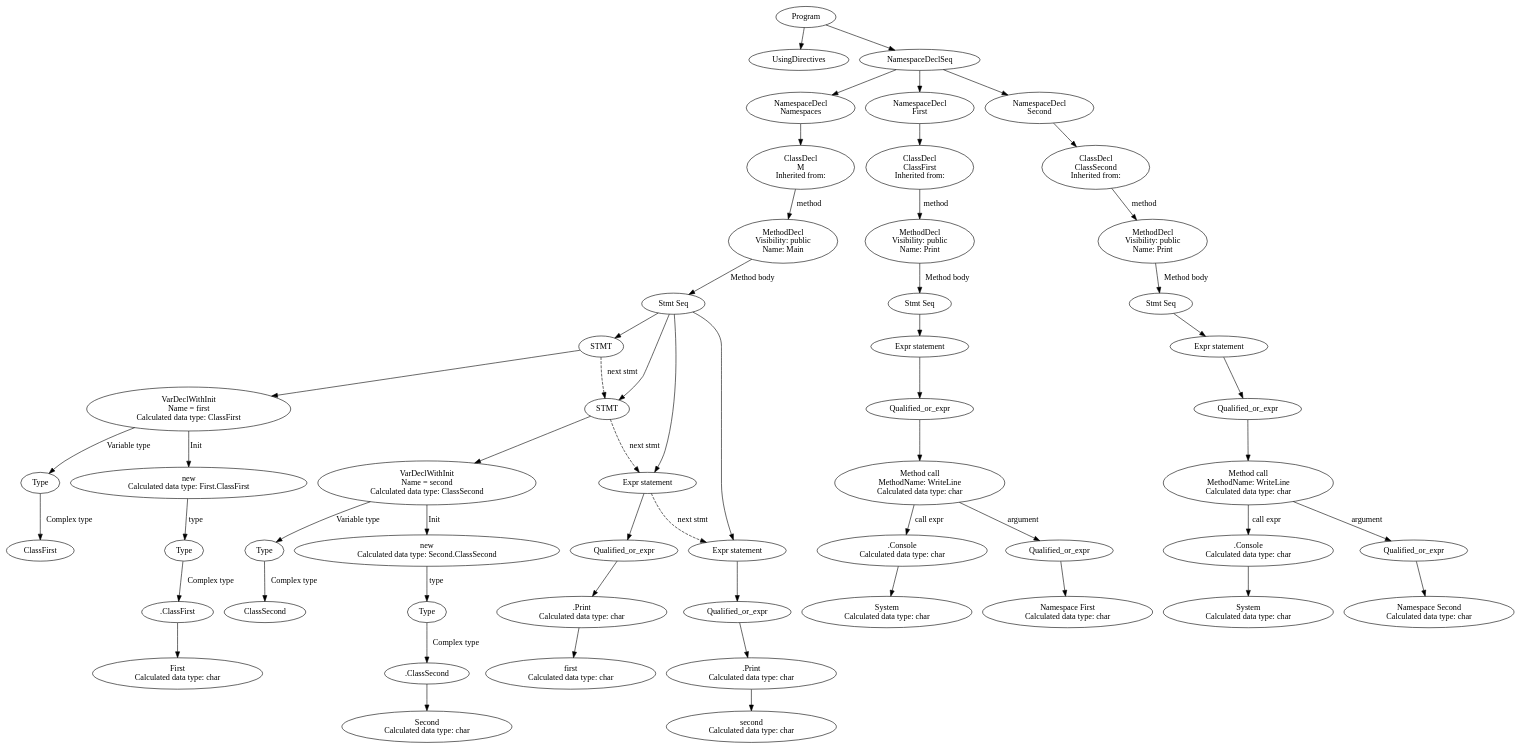
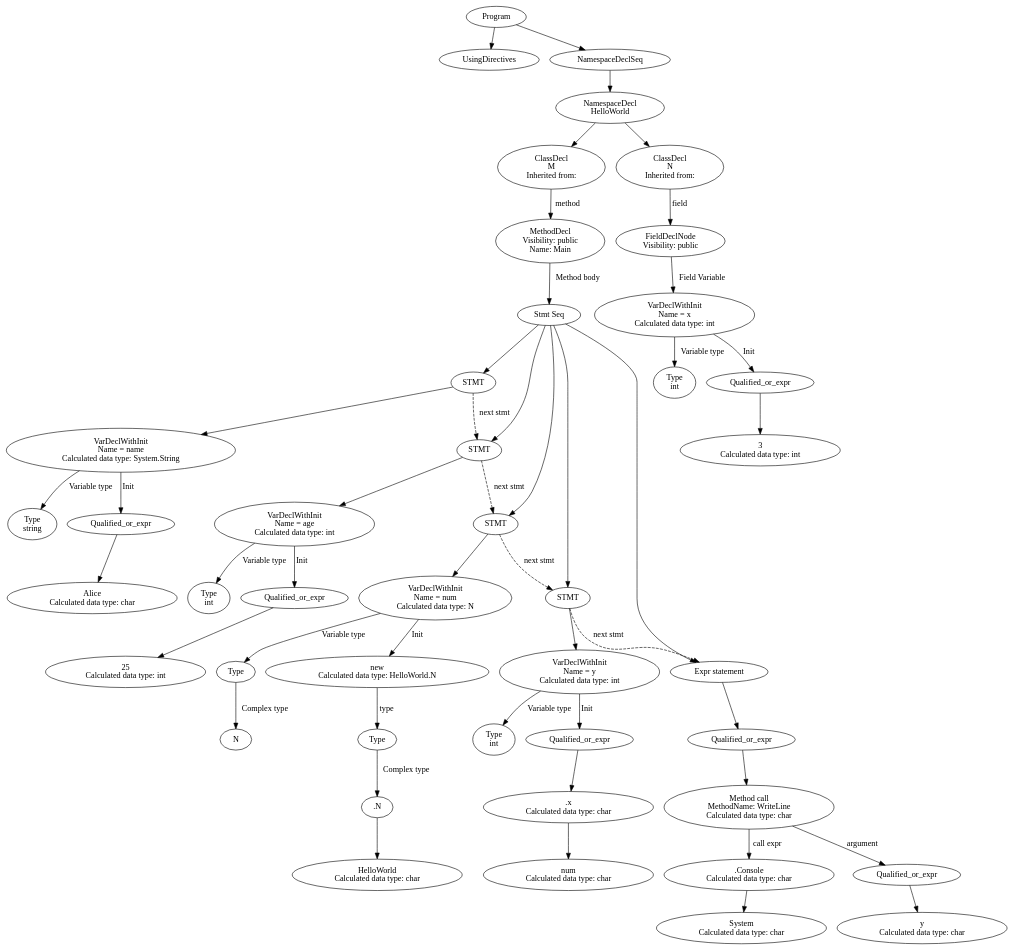
One commit to SergeyGT/CSharp_Compiler changed the diagram in lexer-build/ast.dot. Above: the diagram before and after it, drawn with Graphviz. The commit also changed 7 other files, not shown here.

```diff
--- a/lexer-build/ast.dot
+++ b/lexer-build/ast.dot
@@ -1,110 +1,93 @@
 digraph Program {
-63 [label="Program"]
+48 [label="Program"]
 0 [label="UsingDirectives"]
-32 [label="NamespaceDeclSeq"]
-31 [label="NamespaceDecl\nNamespaces"]
-29 [label="ClassDecl\nM\nInherited from: "]
-27 [label="MethodDecl\nVisibility: public\nName: Main"]
-10 [label="Stmt Seq"]
-9 [label="STMT"]
-8 [label="VarDeclWithInit\nName = first\nCalculated data type: ClassFirst"]
-3 [label="Type"]
-2 [label="ClassFirst"]
-3 -> 2 [label="Complex type"]
-8 -> 3 [label="Variable type"]
-7 [label="new\nCalculated data type: First.ClassFirst"]
-6 [label="Type"]
-5 [label=".ClassFirst"]
-4 [label="First\nCalculated data type: char"]
-5 -> 4
-6 -> 5 [label="Complex type"]
-7 -> 6 [label="type"]
-8 -> 7 [label="Init"]
-9 -> 8
+47 [label="NamespaceDeclSeq"]
+46 [label="NamespaceDecl\nHelloWorld"]
+37 [label="ClassDecl\nM\nInherited from: "]
+35 [label="MethodDecl\nVisibility: public\nName: Main"]
+7 [label="Stmt Seq"]
+6 [label="STMT"]
+5 [label="VarDeclWithInit\nName = name\nCalculated data type: System.String"]
+2 [label="Type\nstring"]
+5 -> 2 [label="Variable type"]
+4 [label="Qualified_or_expr"]
+3 [label="Alice\nCalculated data type: char"]
+4 -> 3
+5 -> 4 [label="Init"]
+6 -> 5
+7 -> 6
+12 [label="STMT"]
+11 [label="VarDeclWithInit\nName = age\nCalculated data type: int"]
+8 [label="Type\nint"]
+11 -> 8 [label="Variable type"]
+10 [label="Qualified_or_expr"]
+9 [label="25\nCalculated data type: int"]
 10 -> 9
-18 [label="STMT"]
-17 [label="VarDeclWithInit\nName = second\nCalculated data type: ClassSecond"]
-12 [label="Type"]
-11 [label="ClassSecond"]
-12 -> 11 [label="Complex type"]
-17 -> 12 [label="Variable type"]
-16 [label="new\nCalculated data type: Second.ClassSecond"]
-15 [label="Type"]
-14 [label=".ClassSecond"]
-13 [label="Second\nCalculated data type: char"]
-14 -> 13
-15 -> 14 [label="Complex type"]
-16 -> 15 [label="type"]
-17 -> 16 [label="Init"]
-18 -> 17
-10 -> 18
-9 -> 18 [label="next stmt"][style="dashed"]
-22 [label="Expr statement"]
-21 [label="Qualified_or_expr"]
-20 [label=".Print\nCalculated data type: char"]
-19 [label="first\nCalculated data type: char"]
+11 -> 10 [label="Init"]
+12 -> 11
+7 -> 12
+6 -> 12 [label="next stmt"][style="dashed"]
+20 [label="STMT"]
+19 [label="VarDeclWithInit\nName = num\nCalculated data type: N"]
+14 [label="Type"]
+13 [label="N"]
+14 -> 13 [label="Complex type"]
+19 -> 14 [label="Variable type"]
+18 [label="new\nCalculated data type: HelloWorld.N"]
+17 [label="Type"]
+16 [label=".N"]
+15 [label="HelloWorld\nCalculated data type: char"]
+16 -> 15
+17 -> 16 [label="Complex type"]
+18 -> 17 [label="type"]
+19 -> 18 [label="Init"]
 20 -> 19
-21 -> 20
-22 -> 21
-10 -> 22
-18 -> 22 [label="next stmt"][style="dashed"]
-26 [label="Expr statement"]
-25 [label="Qualified_or_expr"]
-24 [label=".Print\nCalculated data type: char"]
-23 [label="second\nCalculated data type: char"]
+7 -> 20
+12 -> 20 [label="next stmt"][style="dashed"]
+26 [label="STMT"]
+25 [label="VarDeclWithInit\nName = y\nCalculated data type: int"]
+21 [label="Type\nint"]
+25 -> 21 [label="Variable type"]
+24 [label="Qualified_or_expr"]
+23 [label=".x\nCalculated data type: char"]
+22 [label="num\nCalculated data type: char"]
+23 -> 22
 24 -> 23
-25 -> 24
+25 -> 24 [label="Init"]
 26 -> 25
-10 -> 26
-22 -> 26 [label="next stmt"][style="dashed"]
-27 -> 10 [label="Method body"]
-29 -> 27 [label="method"]
-31 -> 29
-32 -> 31
-47 [label="NamespaceDecl\nFirst"]
-45 [label="ClassDecl\nClassFirst\nInherited from: "]
-43 [label="MethodDecl\nVisibility: public\nName: Print"]
-42 [label="Stmt Seq"]
-41 [label="Expr statement"]
-40 [label="Qualified_or_expr"]
-39 [label="Method call\nMethodName: WriteLine\nCalculated data type: char"]
-35 [label=".Console\nCalculated data type: char"]
-34 [label="System\nCalculated data type: char"]
-35 -> 34
-39 -> 35 [label="call expr"]
-37 [label="Qualified_or_expr"]
-36 [label="Namespace First\nCalculated data type: char"]
-37 -> 36
-39 -> 37 [label="argument"]
-40 -> 39
+7 -> 26
+20 -> 26 [label="next stmt"][style="dashed"]
+34 [label="Expr statement"]
+33 [label="Qualified_or_expr"]
+32 [label="Method call\nMethodName: WriteLine\nCalculated data type: char"]
+28 [label=".Console\nCalculated data type: char"]
+27 [label="System\nCalculated data type: char"]
+28 -> 27
+32 -> 28 [label="call expr"]
+30 [label="Qualified_or_expr"]
+29 [label="y\nCalculated data type: char"]
+30 -> 29
+32 -> 30 [label="argument"]
+33 -> 32
+34 -> 33
+7 -> 34
+26 -> 34 [label="next stmt"][style="dashed"]
+35 -> 7 [label="Method body"]
+37 -> 35 [label="method"]
+46 -> 37
+45 [label="ClassDecl\nN\nInherited from: "]
+43 [label="FieldDeclNode\nVisibility: public"]
+42 [label="VarDeclWithInit\nName = x\nCalculated data type: int"]
+39 [label="Type\nint"]
+42 -> 39 [label="Variable type"]
+41 [label="Qualified_or_expr"]
+40 [label="3\nCalculated data type: int"]
 41 -> 40
-42 -> 41
-43 -> 42 [label="Method body"]
-45 -> 43 [label="method"]
-47 -> 45
-32 -> 47
-62 [label="NamespaceDecl\nSecond"]
-60 [label="ClassDecl\nClassSecond\nInherited from: "]
-58 [label="MethodDecl\nVisibility: public\nName: Print"]
-57 [label="Stmt Seq"]
-56 [label="Expr statement"]
-55 [label="Qualified_or_expr"]
-54 [label="Method call\nMethodName: WriteLine\nCalculated data type: char"]
-50 [label=".Console\nCalculated data type: char"]
-49 [label="System\nCalculated data type: char"]
-50 -> 49
-54 -> 50 [label="call expr"]
-52 [label="Qualified_or_expr"]
-51 [label="Namespace Second\nCalculated data type: char"]
-52 -> 51
-54 -> 52 [label="argument"]
-55 -> 54
-56 -> 55
-57 -> 56
-58 -> 57 [label="Method body"]
-60 -> 58 [label="method"]
-62 -> 60
-32 -> 62
-63 -> 0
-63 -> 32
+42 -> 41 [label="Init"]
+43 -> 42 [label="Field Variable"]
+45 -> 43 [label="field"]
+46 -> 45
+47 -> 46
+48 -> 0
+48 -> 47
 }
```
